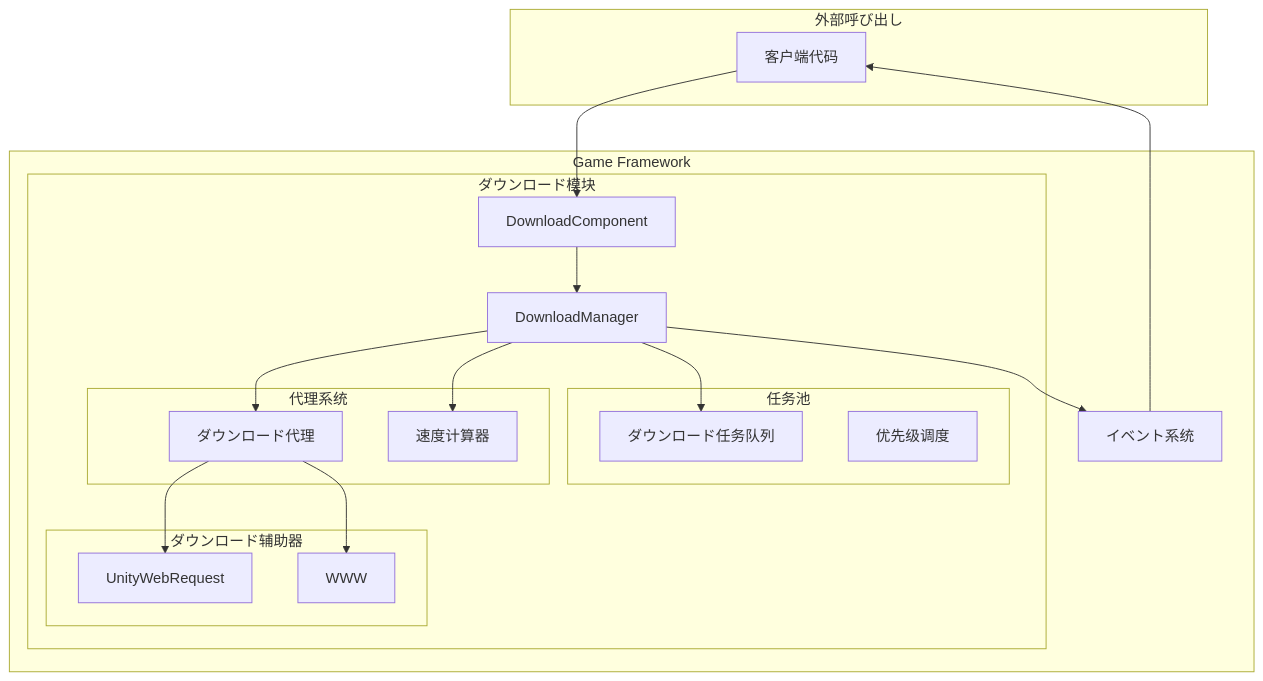
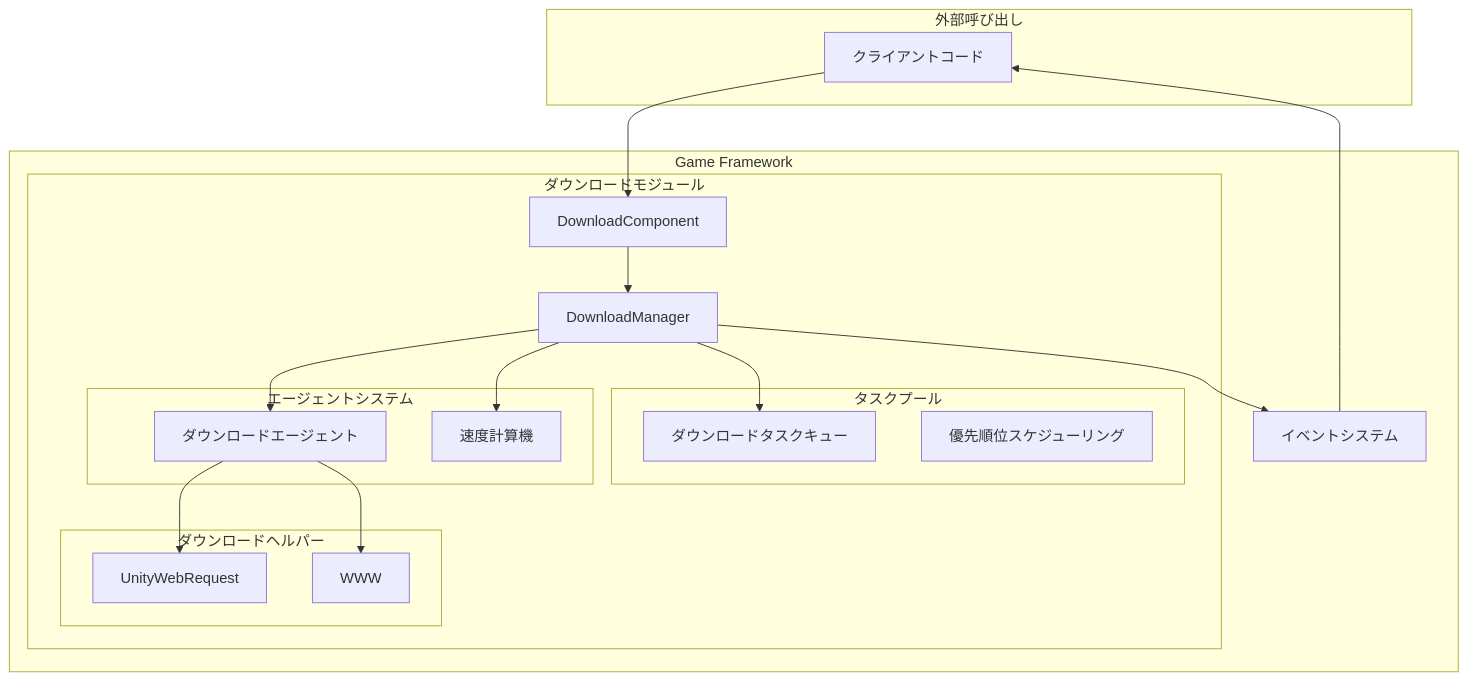
Before and after one commit to AlianBlank/GameFrameX.Docs: the third of 3 diagrams in docs/ja/client/unity/component/download/04.features.md, drawn with Mermaid. The commit also changed other lines of this file and 320 other files, not shown here.

````diff
--- a/docs/ja/client/unity/component/download/04.features.md
+++ b/docs/ja/client/unity/component/download/04.features.md
@@ -250,40 +250,40 @@
 ```mermaid
 flowchart TB
     subgraph External["外部呼び出し"]
-        Client[客户端代码]
+        Client[クライアントコード]
     end
 
     subgraph GameFramework["Game Framework"]
-        subgraph DownloadModule["ダウンロード模块"]
+        subgraph DownloadModule["ダウンロードモジュール"]
             DC[DownloadComponent]
             DM[DownloadManager]
-            
-            subgraph TaskPool["任务池"]
-                Tasks[ダウンロード任务队列]
-                Priority[优先级调度]
+
+            subgraph TaskPool["タスクプール"]
+                Tasks[ダウンロードタスクキュー]
+                Priority[優先順位スケジューリング]
             end
-            
-            subgraph AgentSystem["代理系统"]
-                Agents[ダウンロード代理]
-                Counter[速度计算器]
+
+            subgraph AgentSystem["エージェントシステム"]
+                Agents[ダウンロードエージェント]
+                Counter[速度計算機]
             end
-            
-            subgraph Helper["ダウンロード辅助器"]
+
+            subgraph Helper["ダウンロードヘルパー"]
                 UWRequest[UnityWebRequest]
                 WWW[WWW]
             end
         end
-        
-        Events[イベント系统]
+
+        Events[イベントシステム]
     end
 
     Client --> DC
     DC --> DM
     DM --> Tasks
     DM --> Agents
     DM --> Counter
     Agents --> UWRequest
     Agents --> WWW
     DM --> Events
     Events --> Client
 ```
````
